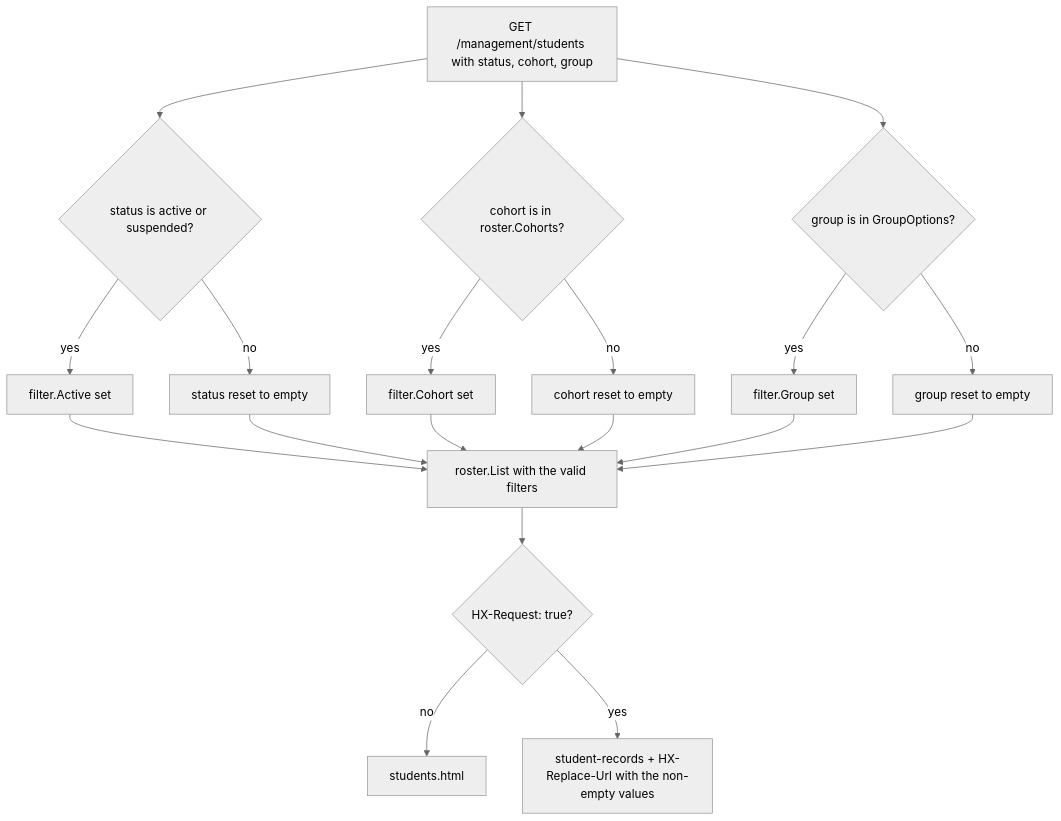
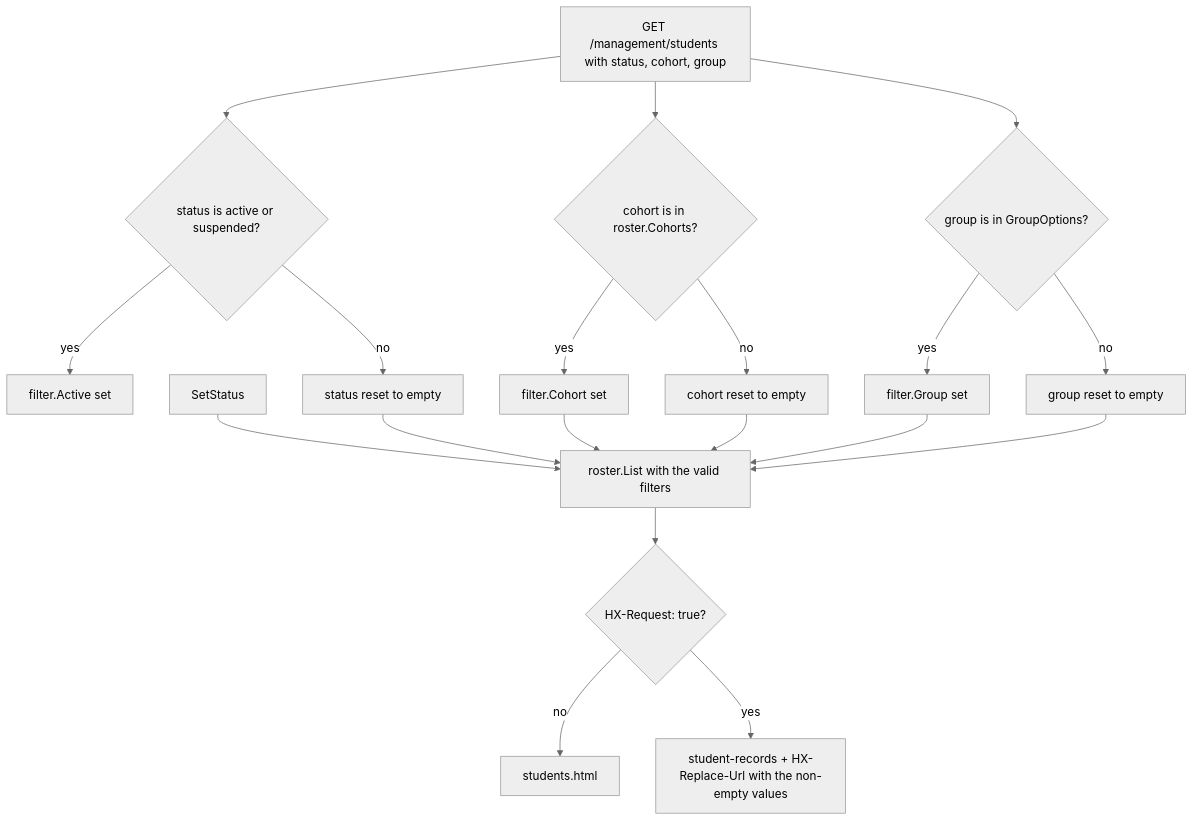
The first of 3 diagrams in docs/management/students.md (devGabriel131/ProjectHermes), drawn with Mermaid (neutral theme) before and after one commit. The commit also changed other lines of this file and 34 other files, not shown here.

````diff
--- a/docs/management/students.md
+++ b/docs/management/students.md
@@ -13,21 +13,21 @@
 ```mermaid
 flowchart TD
     Query["GET /management/students with status, cohort, group"] --> Status{"status is active or suspended?"}
     Status -->|"yes"| SetActive["filter.Active set"]
     Status -->|"no"| ClearStatus["status reset to empty"]
     Query --> Cohort{"cohort is in roster.Cohorts?"}
     Cohort -->|"yes"| SetCohort["filter.Cohort set"]
     Cohort -->|"no"| ClearCohort["cohort reset to empty"]
     Query --> Group{"group is in GroupOptions?"}
     Group -->|"yes"| SetGroup["filter.Group set"]
     Group -->|"no"| ClearGroup["group reset to empty"]
-    SetActive --> List["roster.List with the valid filters"]
+    SetStatus --> List["roster.List with the valid filters"]
     ClearStatus --> List
     SetCohort --> List
     ClearCohort --> List
     SetGroup --> List
     ClearGroup --> List
     List --> Htmx{"HX-Request: true?"}
     Htmx -->|"no"| Full["students.html"]
     Htmx -->|"yes"| Rows["student-records + HX-Replace-Url with the non-empty values"]
 ```
````
